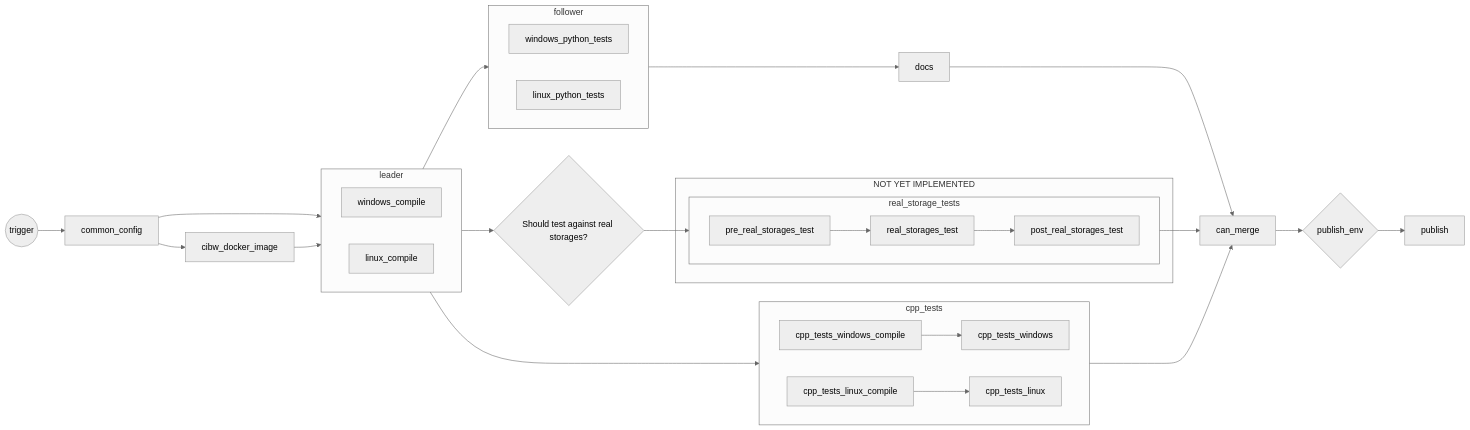
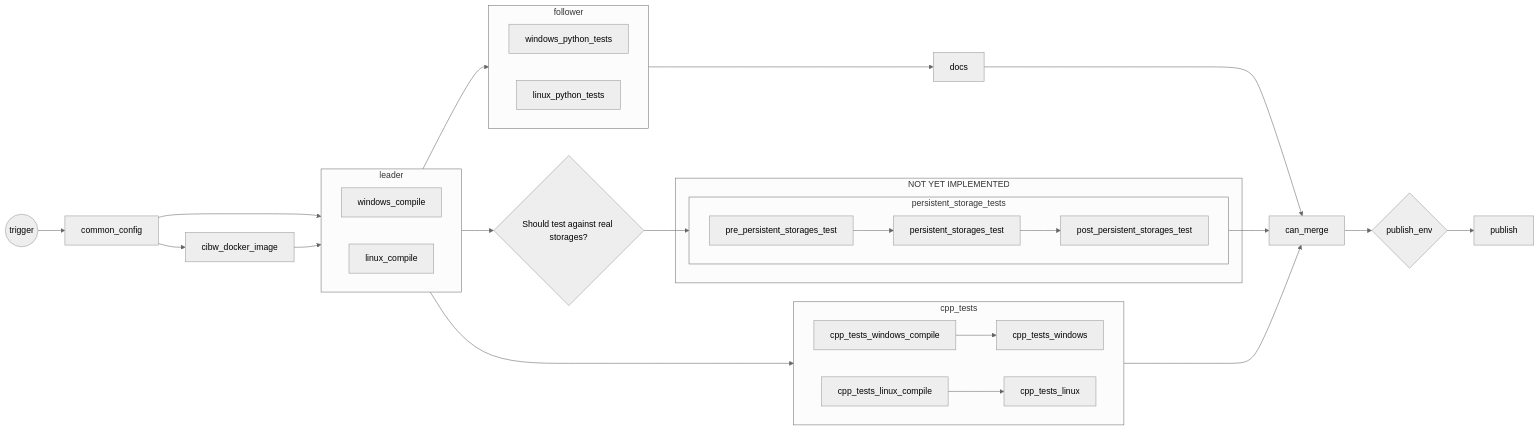
One commit to man-group/ArcticDB changed the diagram in .github/workflows/README.md. Above: the diagram before and after it, drawn with Mermaid (neutral theme). The commit also changed other lines of this file and 5 other files, not shown here.

Commit message:
Change the workflows to accomodate the new persistent_storage naming

````diff
--- a/.github/workflows/README.md
+++ b/.github/workflows/README.md
@@ -19,39 +19,39 @@
 ``` mermaid
 ---
 Build Steps
 ---
 flowchart LR
     A((trigger)) --> common_config
     common_config --> cibw_docker_image
     common_config --> windows_compile
     cibw_docker_image --> linux_compile
     subgraph leader
         direction LR
         windows_compile
         linux_compile
     end
     subgraph follower
         direction LR
         windows_python_tests
         linux_python_tests
     end
     subgraph cpp_tests
         direction LR
         cpp_tests_windows_compile --> cpp_tests_windows
         cpp_tests_linux_compile --> cpp_tests_linux
     end
     subgraph NOT YET IMPLEMENTED
-        subgraph real_storage_tests
+        subgraph persistent_storage_tests
             direction LR
-            pre_real_storages_test --> real_storages_test
-            real_storages_test --> post_real_storages_test
+            pre_persistent_storages_test --> persistent_storages_test
+            persistent_storages_test --> post_persistent_storages_test
         end
     end
     leader --> follower
     leader --> cpp_tests
-    leader --> real_storage{Should test against real storages?} --> real_storage_tests --> can_merge
+    leader --> persistent_storage{Should test against real storages?} --> persistent_storage_tests --> can_merge
     follower --> docs
     docs --> can_merge
     cpp_tests --> can_merge
     can_merge --> pub_check{publish_env} --> publish
 ```
````
